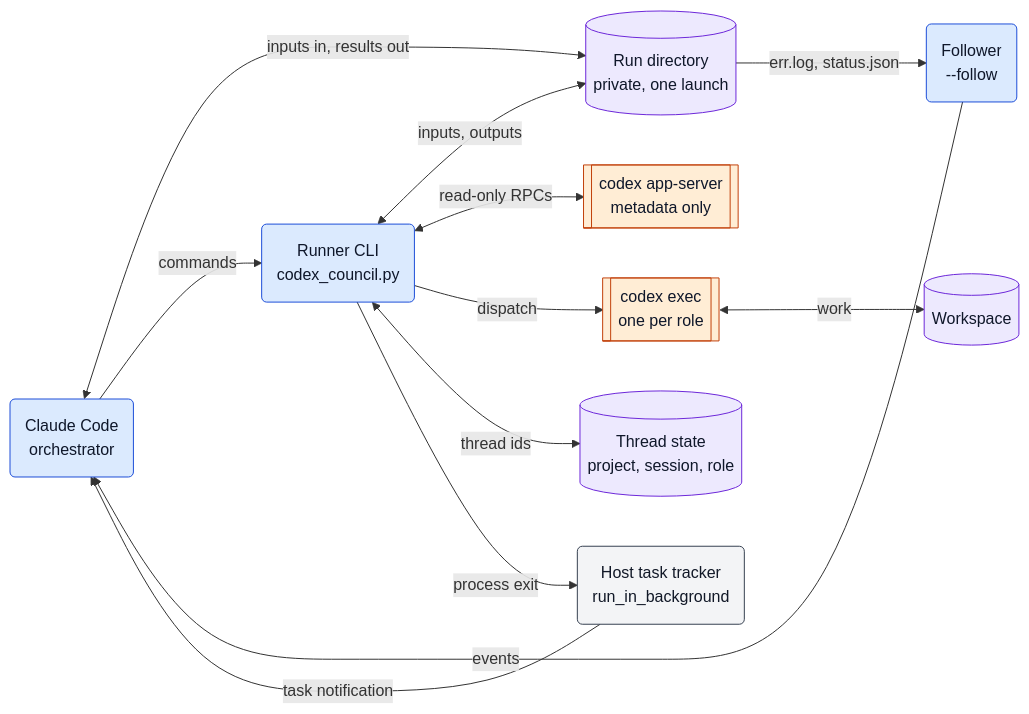
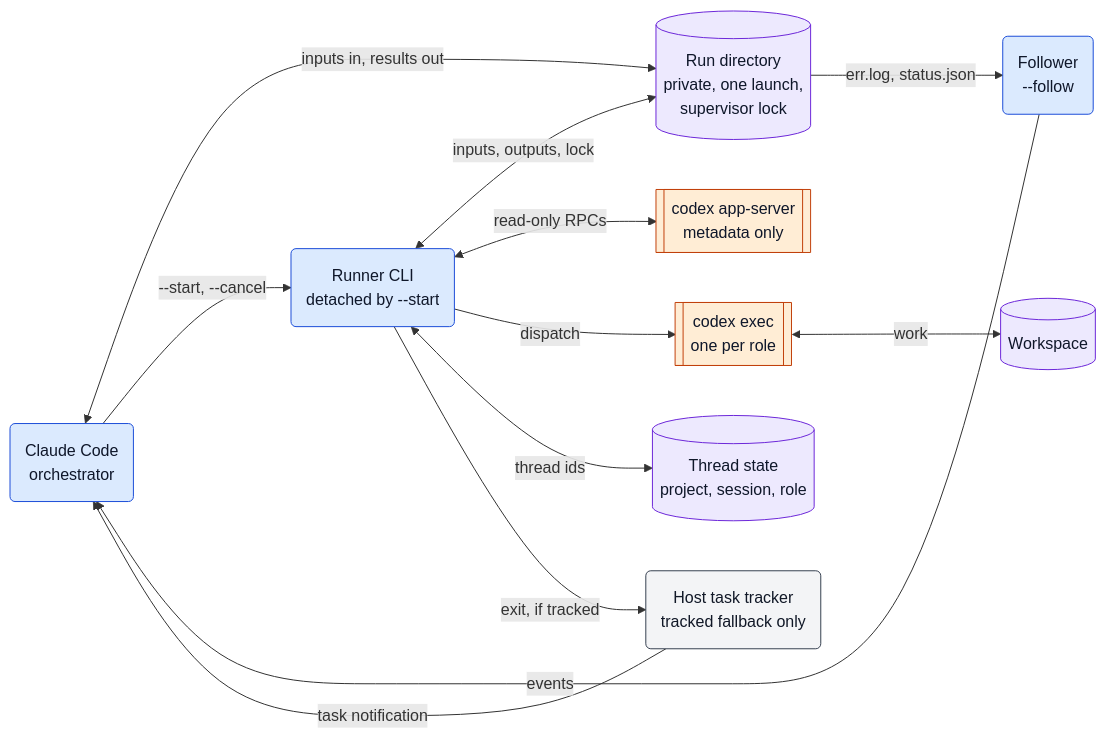
One commit to ehzawad/codex-council changed the diagram in docs/diagrams/d10-components.mmd. Above: the diagram before and after it, drawn with Mermaid. The commit also changed 15 other files, not shown here.

First line of the commit message:
Docs for the detached launch: --start recipe, --cancel, completion rule, host limits

```diff
--- a/docs/diagrams/d10-components.mmd
+++ b/docs/diagrams/d10-components.mmd
@@ -1,31 +1,31 @@
 flowchart LR
     Claude("Claude Code<br/>orchestrator")
-    Host("Host task tracker<br/>run_in_background")
-    Runner("Runner CLI<br/>codex_council.py")
+    Host("Host task tracker<br/>tracked fallback only")
+    Runner("Runner CLI<br/>detached by --start")
     Follower("Follower<br/>--follow")
-    RunDir[("Run directory<br/>private, one launch")]
+    RunDir[("Run directory<br/>private, one launch,<br/>supervisor lock")]
     State[("Thread state<br/>project, session, role")]
     AppServer[["codex app-server<br/>metadata only"]]
     Workers[["codex exec<br/>one per role"]]
     Workspace[("Workspace")]
 
     Claude <-->|"inputs in, results out"| RunDir
-    Claude -->|"commands"| Runner
-    Runner <-->|"inputs, outputs"| RunDir
+    Claude -->|"--start, --cancel"| Runner
+    Runner <-->|"inputs, outputs, lock"| RunDir
     Runner <-->|"read-only RPCs"| AppServer
     Runner -->|"dispatch"| Workers
     Workers <-->|"work"| Workspace
     Runner <-->|"thread ids"| State
     RunDir -->|"err.log, status.json"| Follower
     Follower -->|"events"| Claude
-    Runner -->|"process exit"| Host
+    Runner -->|"exit, if tracked"| Host
     Host -->|"task notification"| Claude
 
     classDef ours fill:#dbeafe,stroke:#1d4ed8,color:#0f172a
     classDef ext fill:#ffedd5,stroke:#c2410c,color:#0f172a
     classDef data fill:#ede9fe,stroke:#6d28d9,color:#0f172a
     classDef person fill:#f3f4f6,stroke:#374151,color:#111827
     class Claude,Runner,Follower ours
     class AppServer,Workers ext
     class RunDir,State,Workspace data
     class Host person
```
